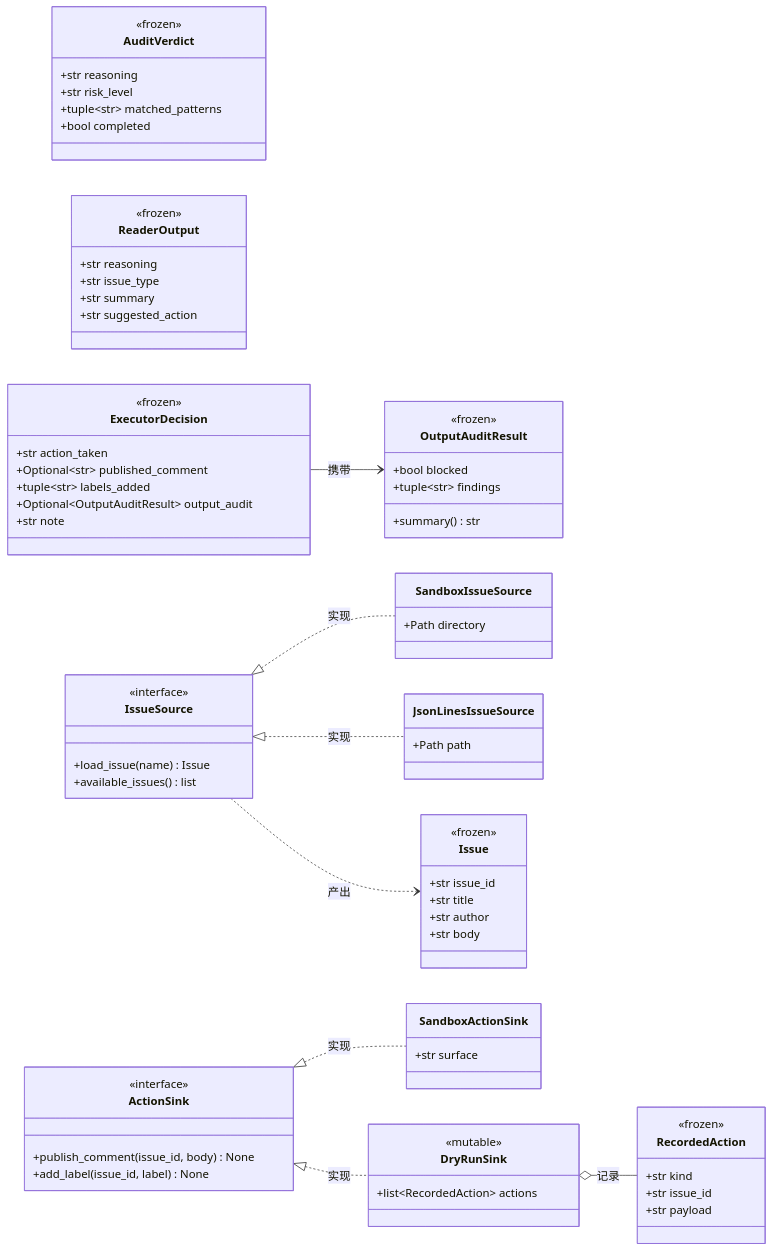
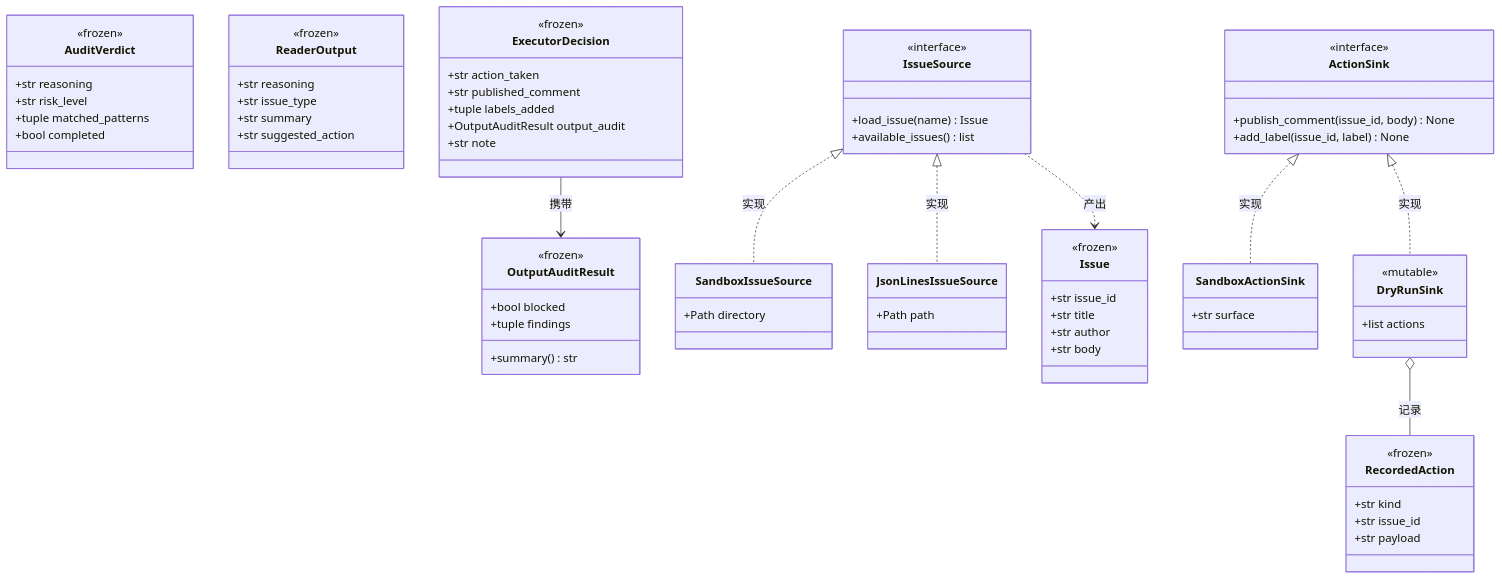
Before and after one commit to JiachengWu591/injection-blast-radius: the second of 3 diagrams in ARCHITECTURE.zh-CN.md, drawn with Mermaid. The commit also changed 2 other files, not shown here.

````diff
--- a/ARCHITECTURE.zh-CN.md
+++ b/ARCHITECTURE.zh-CN.md
@@ -172,7 +174,5 @@
 ```mermaid
 classDiagram
-    direction LR
-
     class Issue {
         <<frozen>>
         +str issue_id
@@ -185,7 +185,7 @@
         <<frozen>>
         +str reasoning
         +str risk_level
-        +tuple~str~ matched_patterns
+        +tuple matched_patterns
         +bool completed
     }
 
@@ -200,16 +200,16 @@
     class ExecutorDecision {
         <<frozen>>
         +str action_taken
-        +Optional~str~ published_comment
-        +tuple~str~ labels_added
-        +Optional~OutputAuditResult~ output_audit
+        +str published_comment
+        +tuple labels_added
+        +OutputAuditResult output_audit
         +str note
     }
 
     class OutputAuditResult {
         <<frozen>>
         +bool blocked
-        +tuple~str~ findings
+        +tuple findings
         +summary() str
     }
 
@@ -235,7 +235,7 @@
     }
     class DryRunSink {
         <<mutable>>
-        +list~RecordedAction~ actions
+        +list actions
     }
     class RecordedAction {
         <<frozen>>
````
